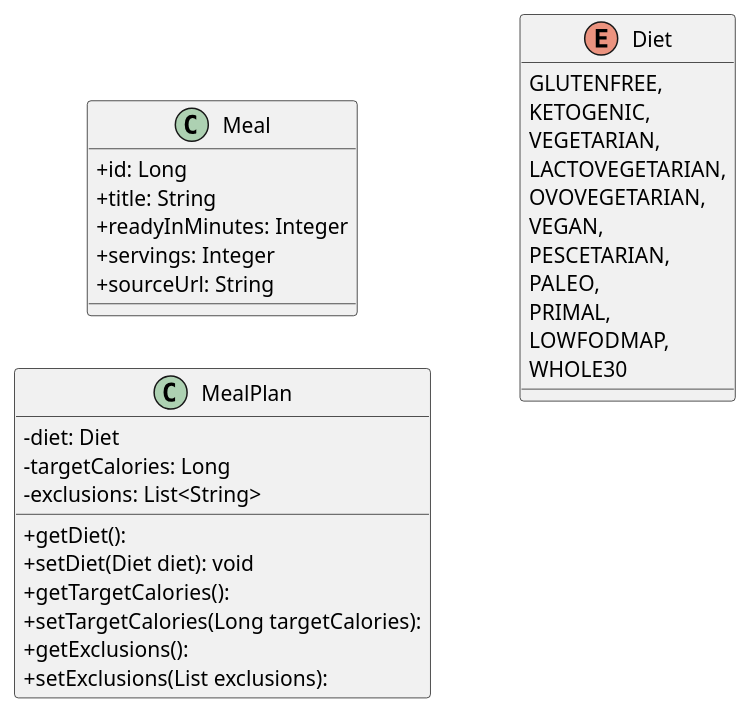
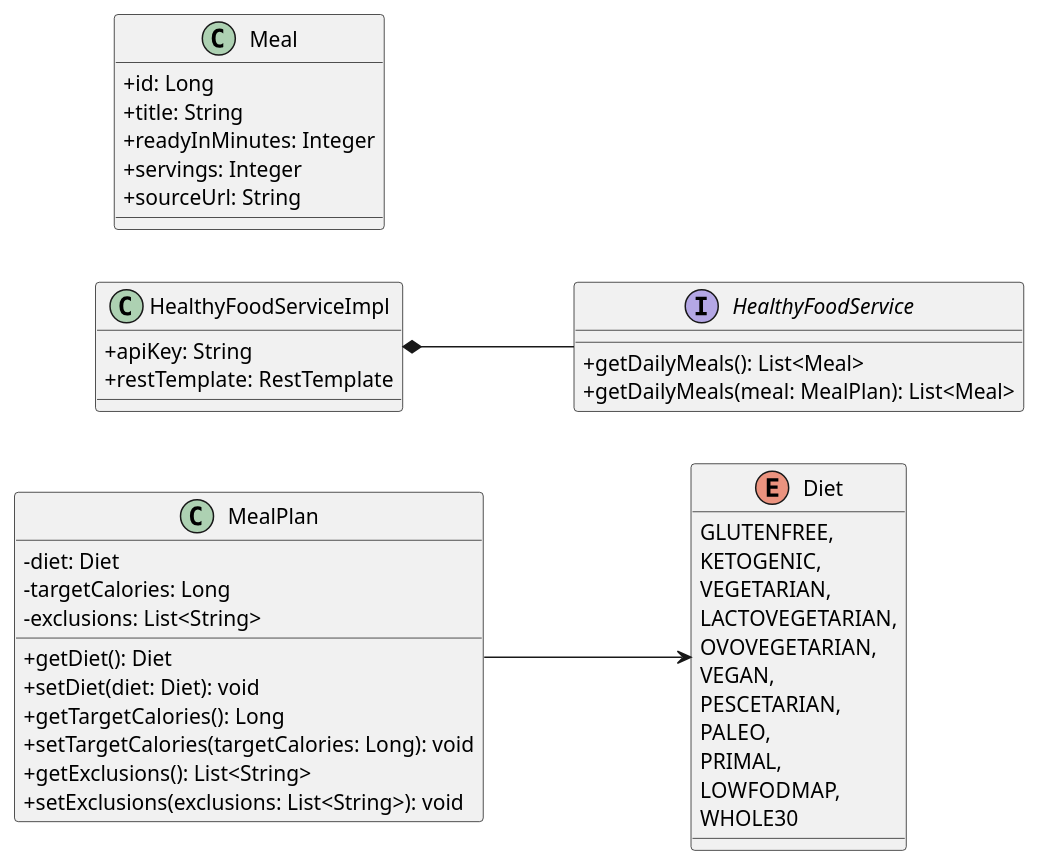
Before and after one commit to aykoda/healthy-food-api: the diagram in src/main/java/Meal.puml, drawn with PlantUML.

Commit message:
Diagram updated

```diff
--- a/src/main/java/Meal.puml
+++ b/src/main/java/Meal.puml
@@ -1,42 +1,58 @@
 @startuml
 'https://plantuml.com/class-diagram
 skinparam classAttributeIconSize 0
 
 left to right direction
+
+MealPlan --> Diet
+HealthyFoodServiceImpl *-- HealthyFoodService
 
 class Meal {
 +id: Long
 +title: String
 +readyInMinutes: Integer
 +servings: Integer
 +sourceUrl: String
 }
 
 class MealPlan{
 -diet: Diet
 -targetCalories: Long
 -exclusions: List<String>
 
-+getDiet():
-+setDiet(Diet diet): void
-+getTargetCalories():
-+setTargetCalories(Long targetCalories):
-+getExclusions():
-+setExclusions(List exclusions):
++getDiet(): Diet
++setDiet(diet: Diet): void
++getTargetCalories(): Long
++setTargetCalories(targetCalories: Long): void
++getExclusions(): List<String>
++setExclusions(exclusions: List<String>): void
 
 }
+
+Interface HealthyFoodService {
++getDailyMeals(): List<Meal>
++getDailyMeals(meal: MealPlan): List<Meal>
+}
+
+class HealthyFoodServiceImpl {
++apiKey: String
++restTemplate: RestTemplate
+
+
+}
+
 enum Diet {
  GLUTENFREE,
  KETOGENIC,
  VEGETARIAN,
  LACTOVEGETARIAN,
  OVOVEGETARIAN,
  VEGAN,
  PESCETARIAN,
  PALEO,
  PRIMAL,
  LOWFODMAP,
  WHOLE30
 }
 
 @enduml
```
